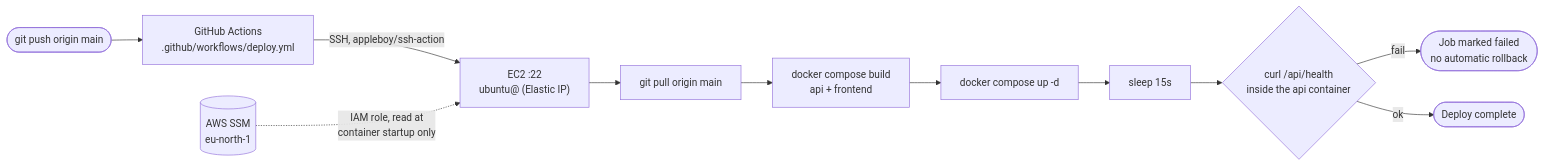
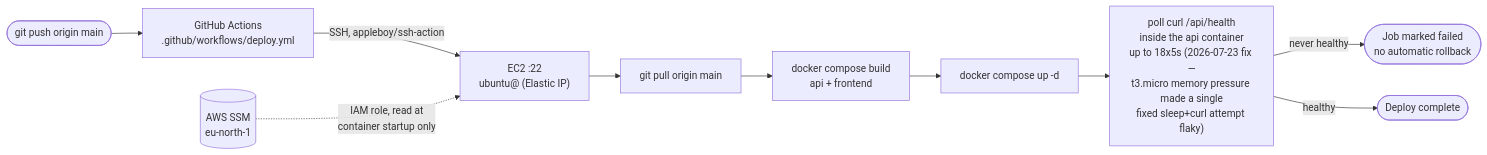
Before and after one commit to sudeepkrishnan87/stock-analyser: the fifth of 5 diagrams in docs/ARCHITECTURE.md, drawn with Mermaid. The commit also changed other lines of this file and 3 other files, not shown here.

````diff
--- a/docs/ARCHITECTURE.md
+++ b/docs/ARCHITECTURE.md
@@ -176,14 +184,13 @@
 ```mermaid
 flowchart LR
     Dev(["git push origin main"]) --> GH["GitHub Actions\n.github/workflows/deploy.yml"]
     GH -- "SSH, appleboy/ssh-action" --> EC2["EC2 :22\nubuntu@ (Elastic IP)"]
     EC2 --> Pull["git pull origin main"]
     Pull --> Build["docker compose build\napi + frontend"]
     Build --> Up["docker compose up -d"]
-    Up --> Wait["sleep 15s"]
-    Wait --> Health{"curl /api/health\ninside the api container"}
-    Health -- fail --> Fail(["Job marked failed\nno automatic rollback"])
-    Health -- ok --> Done(["Deploy complete"])
+    Up --> Wait["poll curl /api/health\ninside the api container\nup to 18x5s (2026-07-23 fix —\nt3.micro memory pressure made a single\nfixed sleep+curl attempt flaky)"]
+    Wait -- "never healthy" --> Fail(["Job marked failed\nno automatic rollback"])
+    Wait -- "healthy" --> Done(["Deploy complete"])
 
     SSM[("AWS SSM\neu-north-1")] -. "IAM role, read at\ncontainer startup only" .-> EC2
 ```
````
